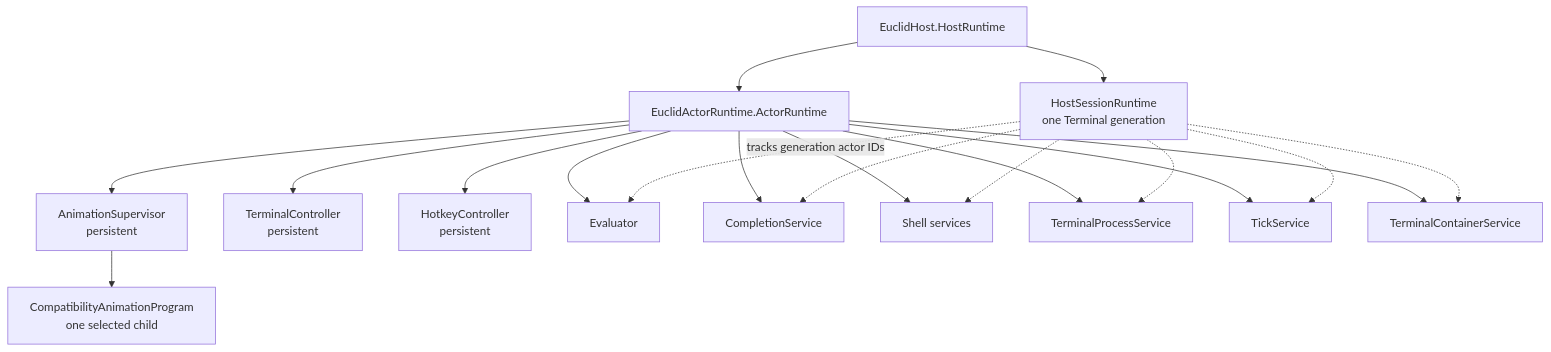
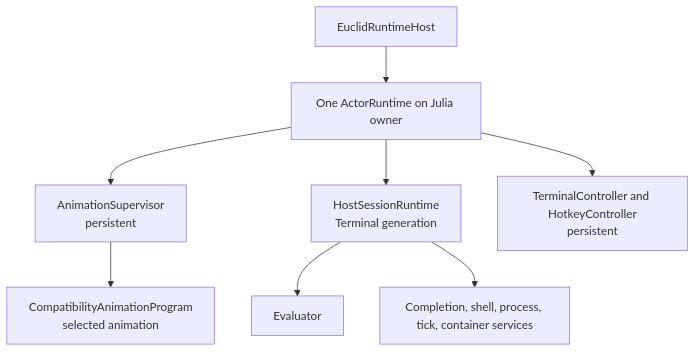
The fourth of 6 diagrams in docs/wiki/Guides/JuliaThreadArchitecture.md (derekshoneycutt/Euclid), drawn with Mermaid before and after one commit. The commit also changed other lines of this file and 11 other files, not shown here.

````diff
--- a/docs/wiki/Guides/JuliaThreadArchitecture.md
+++ b/docs/wiki/Guides/JuliaThreadArchitecture.md
@@ -116,34 +238,18 @@
 ```mermaid
 flowchart TD
-  H[EuclidHost.HostRuntime]
-  R[EuclidActorRuntime.ActorRuntime]
-  AS[AnimationSupervisor<br/>persistent]
-  AP[CompatibilityAnimationProgram<br/>one selected child]
-  TC[TerminalController<br/>persistent]
-  HK[HotkeyController<br/>persistent]
-  S[HostSessionRuntime<br/>one Terminal generation]
-  EV[Evaluator]
-  CO[CompletionService]
-  SH[Shell services]
-  TP[TerminalProcessService]
-  TK[TickService]
-  CN[TerminalContainerService]
+    Host[EuclidRuntimeHost]
+    Runtime[One ActorRuntime on Julia owner]
+    Supervisor[AnimationSupervisor<br/>persistent]
+    Program[CompatibilityAnimationProgram<br/>selected animation]
+    Session[HostSessionRuntime<br/>Terminal generation]
+    Evaluator[Evaluator]
+    Services[Completion, shell, process, tick, container services]
+    Roots[TerminalController and HotkeyController<br/>persistent]
 
-  H --> R
-  H --> S
-  R --> AS --> AP
-  R --> TC
-  R --> HK
-  R --> EV
-  R --> CO
-  R --> SH
-  R --> TP
-  R --> TK
-  R --> CN
-  S -. tracks generation actor IDs .-> EV
-  S -.-> CO
-  S -.-> SH
-  S -.-> TP
-  S -.-> TK
-  S -.-> CN
+    Host --> Runtime
+    Runtime --> Supervisor --> Program
+    Runtime --> Session
+    Session --> Evaluator
+    Session --> Services
+    Runtime --> Roots
 ```
````
